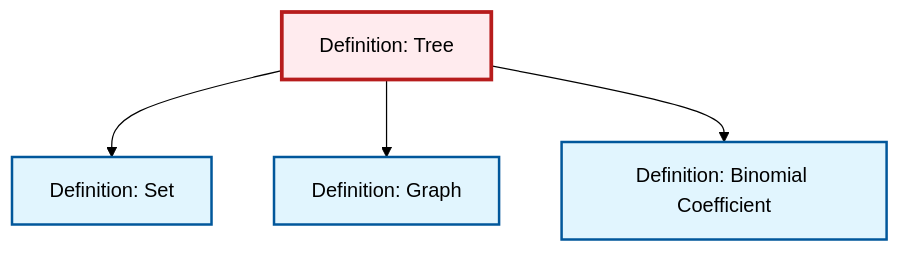
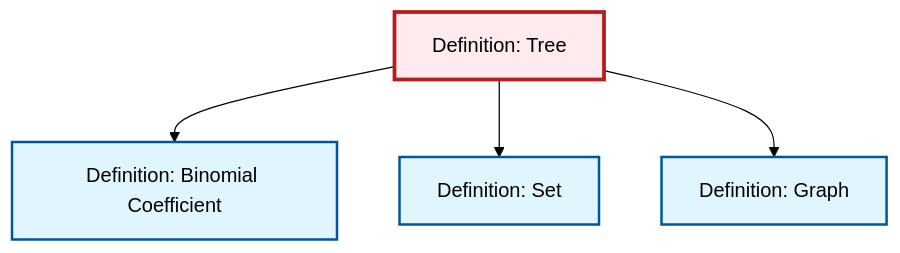
Before and after one commit to RK0429/ModernMath: the diagram in content/ja/combinatorics/def-tree.qmd, drawn with Mermaid (forest theme). The commit also changed other lines of this file and 581 other files, not shown here.

````diff
--- a/content/ja/combinatorics/def-tree.qmd
+++ b/content/ja/combinatorics/def-tree.qmd
@@ -137,20 +137,20 @@
 ```{mermaid}
 %%| fig-cap: "Local dependency graph"
 graph TD
     classDef definition fill:#e1f5fe,stroke:#01579b,stroke-width:2px
     classDef theorem fill:#f3e5f5,stroke:#4a148c,stroke-width:2px
     classDef axiom fill:#fff3e0,stroke:#e65100,stroke-width:2px
     classDef example fill:#e8f5e9,stroke:#1b5e20,stroke-width:2px
     classDef current fill:#ffebee,stroke:#b71c1c,stroke-width:3px
+    def-tree["Definition: Tree"]:::definition
+    def-graph["Definition: Graph"]:::definition
     def-set["Definition: Set"]:::definition
-    def-tree["Definition: Tree"]:::definition
     def-binomial-coefficient["Definition: Binomial Coefficient"]:::definition
-    def-graph["Definition: Graph"]:::definition
+    def-tree --> def-binomial-coefficient
     def-tree --> def-set
     def-tree --> def-graph
-    def-tree --> def-binomial-coefficient
     class def-tree current
+    click def-graph "def-graph.html" "Definition: Graphへ"
     click def-set "def-set.html" "Definition: Setへ"
     click def-binomial-coefficient "def-binomial-coefficient.html" "Definition: Binomial Coefficientへ"
-    click def-graph "def-graph.html" "Definition: Graphへ"
 ```
````
